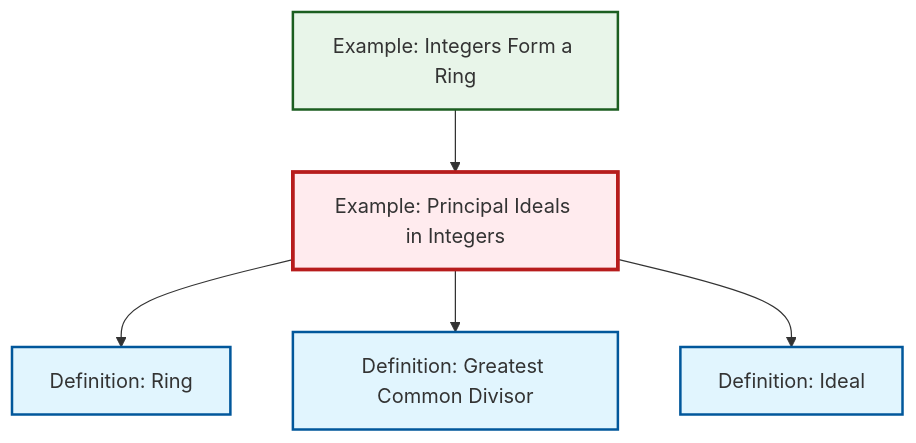
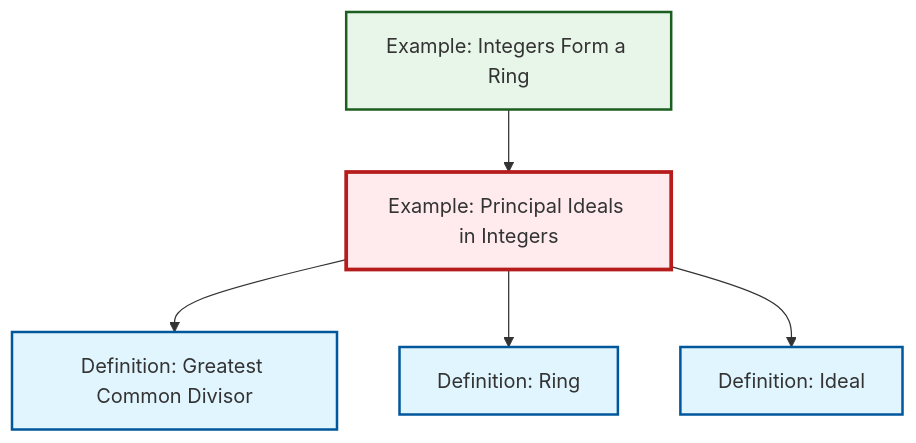
Before and after one commit to RK0429/ModernMath: the diagram in content/ja/algebra/ex-principal-ideal.qmd, drawn with Mermaid. The commit also changed other lines of this file and 434 other files, not shown here.

First line of the commit message:
feat: Add polynomial ring definition with comprehensive cross-references

````diff
--- a/content/ja/algebra/ex-principal-ideal.qmd
+++ b/content/ja/algebra/ex-principal-ideal.qmd
@@ -64,23 +64,23 @@
 ```{mermaid}
 %%| fig-cap: "Local dependency graph"
 graph TD
     classDef definition fill:#e1f5fe,stroke:#01579b,stroke-width:2px
     classDef theorem fill:#f3e5f5,stroke:#4a148c,stroke-width:2px
     classDef axiom fill:#fff3e0,stroke:#e65100,stroke-width:2px
     classDef example fill:#e8f5e9,stroke:#1b5e20,stroke-width:2px
     classDef current fill:#ffebee,stroke:#b71c1c,stroke-width:3px
+    def-ring["Definition: Ring"]:::definition
     def-gcd["Definition: Greatest Common Divisor"]:::definition
+    ex-principal-ideal["Example: Principal Ideals in Integers"]:::example
     ex-integers-ring["Example: Integers Form a Ring"]:::example
     def-ideal["Definition: Ideal"]:::definition
-    ex-principal-ideal["Example: Principal Ideals in Integers"]:::example
-    def-ring["Definition: Ring"]:::definition
+    ex-principal-ideal --> def-gcd
     ex-principal-ideal --> def-ring
-    ex-principal-ideal --> def-gcd
     ex-integers-ring --> ex-principal-ideal
     ex-principal-ideal --> def-ideal
     class ex-principal-ideal current
+    click def-ring "def-ring.html" "Definition: Ringへ"
     click def-gcd "def-gcd.html" "Definition: Greatest Common Divisorへ"
     click ex-integers-ring "ex-integers-ring.html" "Example: Integers Form a Ringへ"
     click def-ideal "def-ideal.html" "Definition: Idealへ"
-    click def-ring "def-ring.html" "Definition: Ringへ"
 ```
````
